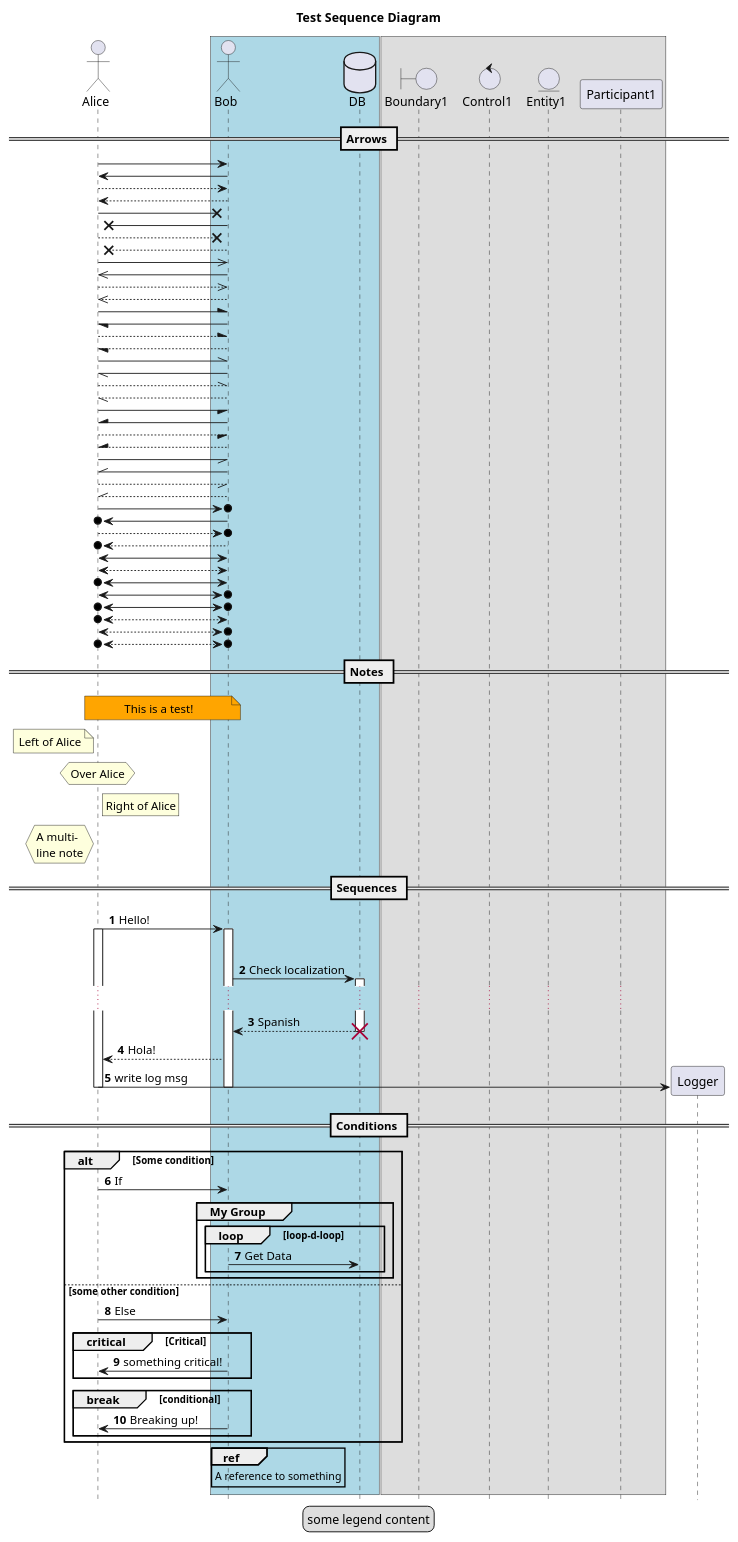
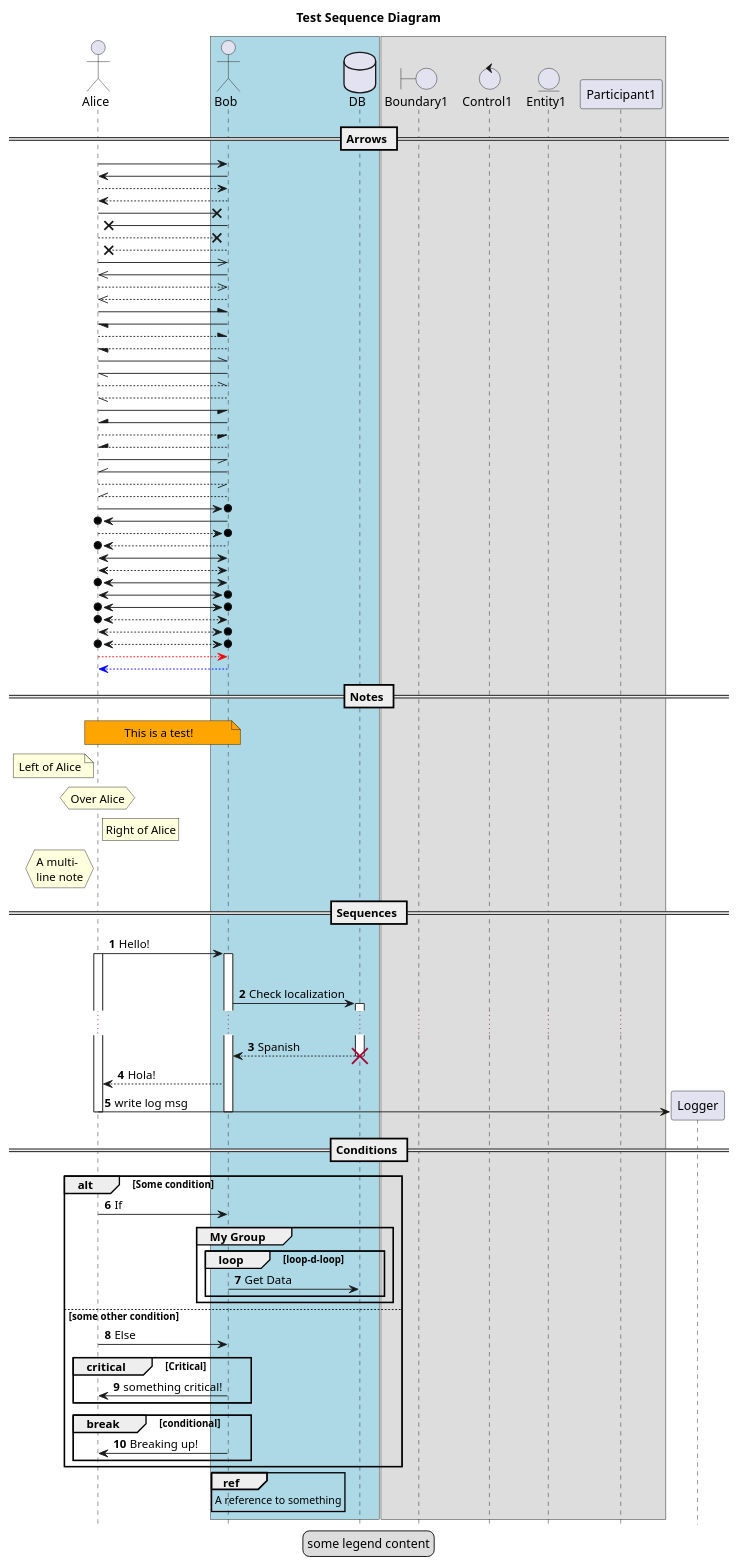
The diagram in diagrams/sequence.puml (KyleKorndoerfer/BracketsUML), drawn with PlantUML before and after one commit. The commit also changed 3 other files, not shown here.

Commit message:
Added syntax highlighting for colored arrows in sequence diagrams; Closes #11

```diff
--- a/diagrams/sequence.puml
+++ b/diagrams/sequence.puml
@@ -6,134 +6,136 @@
 @startuml
 
 title "Test Sequence Diagram"
 
 actor Alice
 box #lightBlue
 	actor Bob
 	database DB
 end box
 
 box
 	boundary Boundary1
 	control Control1
 	entity Entity1
 	participant Participant1
 end box
 
 hide footbox
 
 == Arrows ==
 Alice -> Bob
 Alice <- Bob
 
 Alice --> Bob
 Alice <-- Bob
 
 Alice ->x Bob
 Alice x<- Bob
 
 Alice -->x Bob
 Alice x<-- Bob
 
 Alice ->> Bob
 Alice <<- Bob
 
 Alice -->> Bob
 Alice <<-- Bob
 
 Alice -\ Bob
 Alice \- Bob
 
 Alice --\ Bob
 Alice \-- Bob
 
 Alice -\\ Bob
 Alice \\- Bob
 
 Alice --\\ Bob
 Alice \\-- Bob
 
 Alice -/ Bob
 Alice /- Bob
 
 Alice --/ Bob
 Alice /-- Bob
 
 Alice -// Bob
 Alice //- Bob
 
 Alice --// Bob
 Alice //-- Bob
 
 Alice ->o Bob
 Alice o<- Bob
 
 Alice -->o Bob
 Alice o<-- Bob
 
 Alice <-> Bob
 Alice <--> Bob
 
 Alice o<-> Bob
 Alice <->o Bob
 Alice o<->o Bob
 
 Alice o<--> Bob
 Alice <-->o Bob
 Alice o<-->o Bob
 
+Alice -[#red]-> Bob
+Bob -[#0000FF]-> Alice
 
 == Notes ==
 note over Alice,Bob #orange: This is a test!
 note left Alice: Left of Alice
 hnote over Alice: Over Alice
 rnote right Alice: Right of Alice
 hnote left Alice
 	A multi-
 	line note
 end note
 
 == Sequences ==
 autonumber 1
 Alice -> Bob: Hello!
 activate Alice
 activate Bob
 |||
 Bob -> DB: Check localization
 activate DB
 ...
 DB --> Bob: Spanish
 destroy DB
 Bob --> Alice: Hola!
 create Logger
 Alice -> Logger: write log msg
 deactivate Bob
 deactivate Alice
 
 == Conditions ==
 alt Some condition
 	Alice -> Bob: If
 	group My Group
 		loop loop-d-loop
 			Bob -> DB: Get Data
 		end
 	end
 else some other condition
 	Alice -> Bob: Else
 	critical Critical
 		Bob -> Alice: something critical!
 	end
 	break conditional
 		Bob -> Alice: Breaking up!
 	end
 end
 
 ref over Bob
 	A reference to something
 end ref
 
 legend center
 	some legend content
 endlegend
 
 @enduml
```
